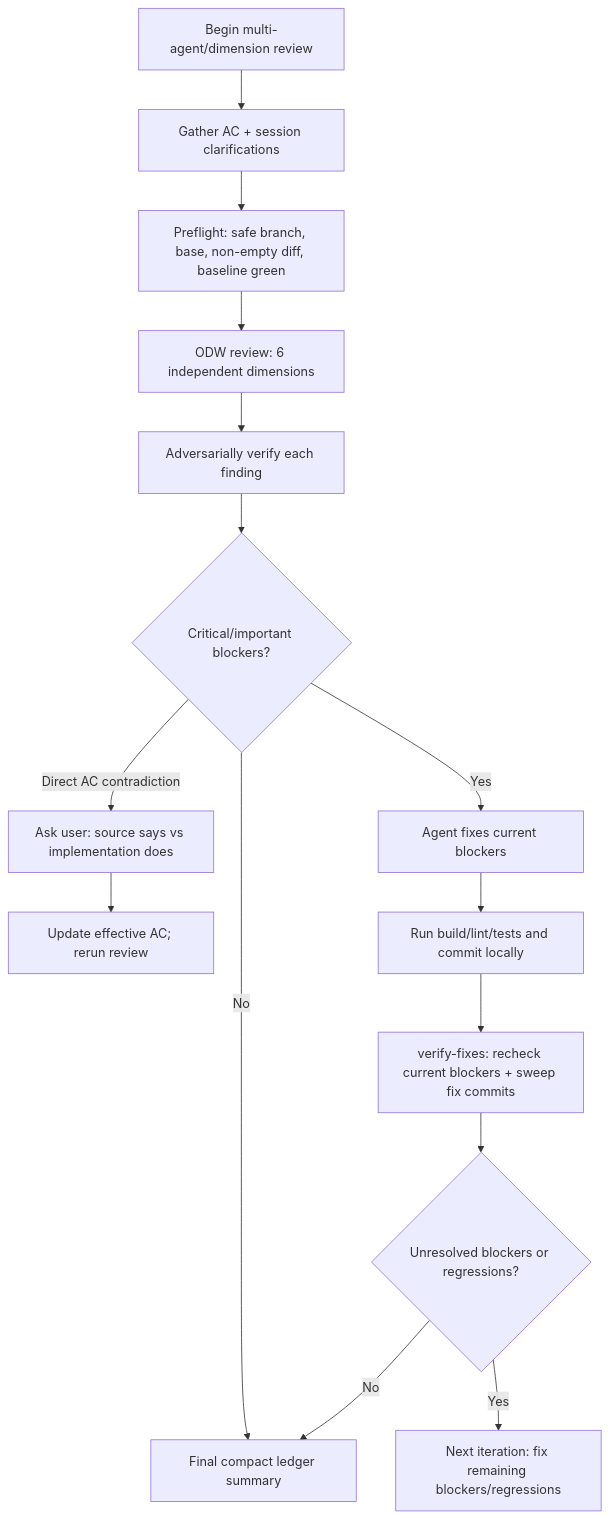
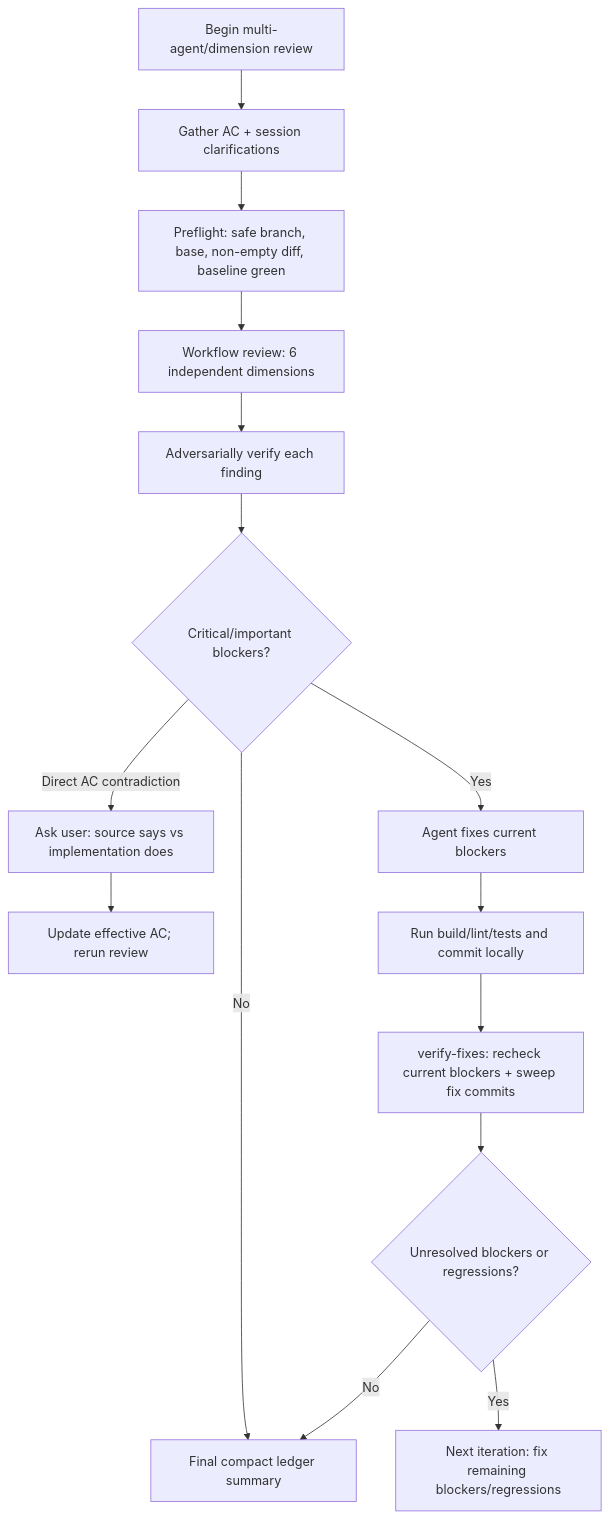
One commit to lzehrung/review-until-clean-odw changed the diagram in README.md. Above: the diagram before and after it, drawn with Mermaid. The commit also changed other lines of this file and 2 other files, not shown here.

````diff
--- a/README.md
+++ b/README.md
@@ -47,17 +47,17 @@
 ```mermaid
 flowchart TB
   S[Begin multi-agent/dimension review] --> A[Gather AC + session clarifications]
   A --> B[Preflight: safe branch, base, non-empty diff, baseline green]
-  B --> C[ODW review: 6 independent dimensions]
+  B --> C[Workflow review: 6 independent dimensions]
   C --> D[Adversarially verify each finding]
   D --> E{Critical/important blockers?}
   E -- No --> Z[Final compact ledger summary]
   E -- Direct AC contradiction --> H[Ask user: source says vs implementation does]
   H --> H2[Update effective AC; rerun review]
   E -- Yes --> F[Agent fixes current blockers]
   F --> G[Run build/lint/tests and commit locally]
   G --> I[verify-fixes: recheck current blockers + sweep fix commits]
   I --> J{Unresolved blockers or regressions?}
   J -- Yes --> K[Next iteration: fix remaining blockers/regressions]
   J -- No --> Z
 ```
````
